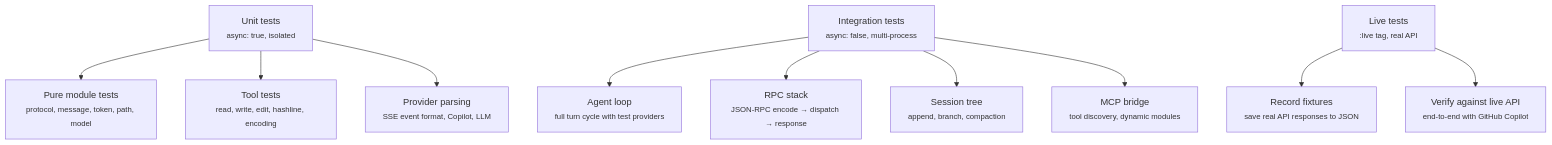
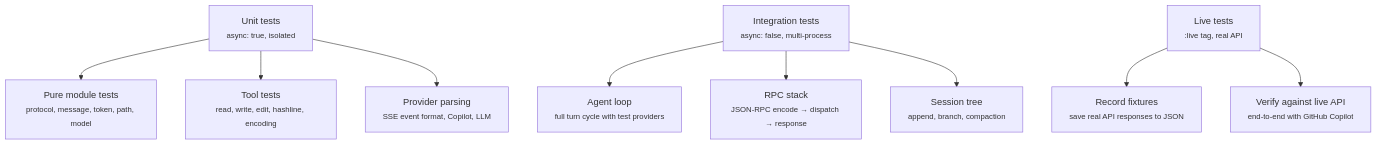
Before and after one commit to matteing/opal: the diagram in docs/testing.md, drawn with Mermaid. The commit also changed other lines of this file and 52 other files, not shown here.

````diff
--- a/docs/testing.md
+++ b/docs/testing.md
@@ -22,18 +22,16 @@
 ```mermaid
 graph TD
     Unit["Unit tests<br/><small>async: true, isolated</small>"]
     Integration["Integration tests<br/><small>async: false, multi-process</small>"]
     Live["Live tests<br/><small>:live tag, real API</small>"]
 
     Unit --> Modules["Pure module tests<br/><small>protocol, message, token, path, model</small>"]
     Unit --> Tools["Tool tests<br/><small>read, write, edit, hashline, encoding</small>"]
     Unit --> Parsing["Provider parsing<br/><small>SSE event format, Copilot, LLM</small>"]
 
     Integration --> Agent["Agent loop<br/><small>full turn cycle with test providers</small>"]
     Integration --> RPC["RPC stack<br/><small>JSON-RPC encode → dispatch → response</small>"]
     Integration --> Session["Session tree<br/><small>append, branch, compaction</small>"]
-    Integration --> MCP["MCP bridge<br/><small>tool discovery, dynamic modules</small>"]
-
     Live --> Record["Record fixtures<br/><small>save real API responses to JSON</small>"]
     Live --> Verify["Verify against live API<br/><small>end-to-end with GitHub Copilot</small>"]
 ```
````
